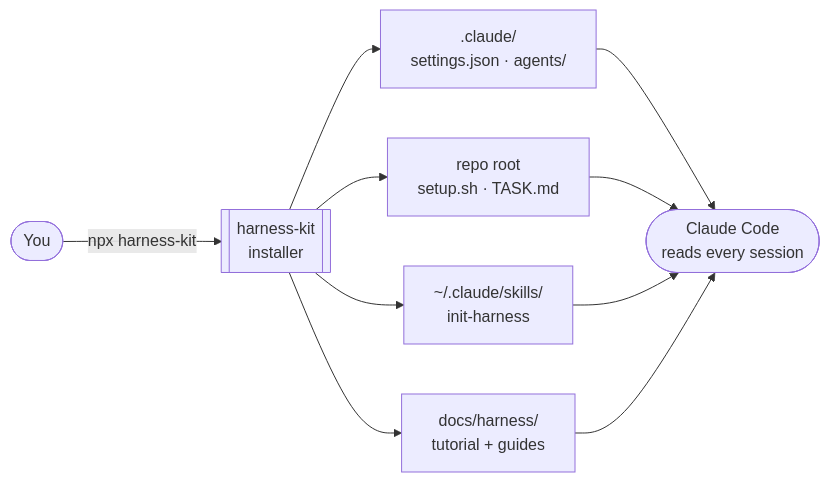
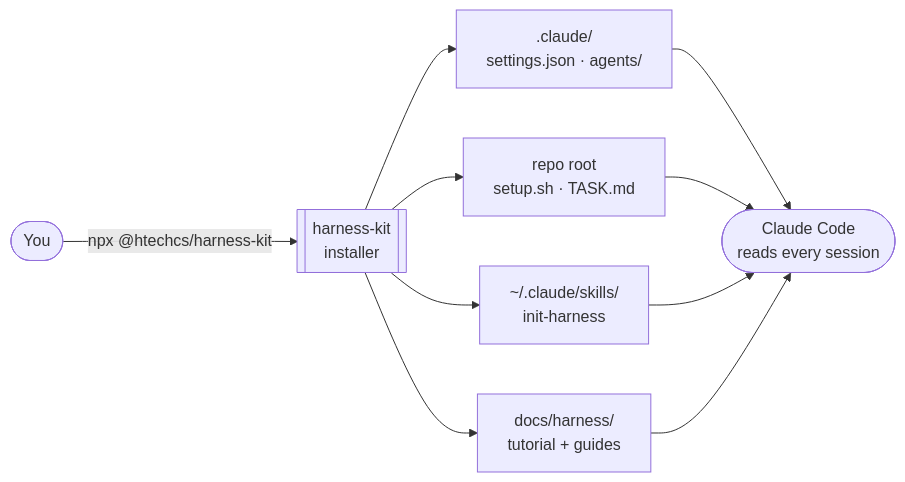
The first of 2 diagrams in README.en.md (HoangTechCS-AIE/harness-kit), drawn with Mermaid before and after one commit. The commit also changed other lines of this file and 2 other files, not shown here.

First line of the commit message:
chore: scope package as @htechcs/harness-kit + harden files allowlist

````diff
--- a/README.en.md
+++ b/README.en.md
@@ -24,12 +24,12 @@
 ```mermaid
 flowchart LR
-    D([You]) -->|"npx harness-kit"| I[["harness-kit<br/>installer"]]
+    D([You]) -->|"npx @htechcs/harness-kit"| I[["harness-kit<br/>installer"]]
     I --> R1[".claude/<br/>settings.json · agents/"]
     I --> R2["repo root<br/>setup.sh · TASK.md"]
     I --> R3["~/.claude/skills/<br/>init-harness"]
     I --> R4["docs/harness/<br/>tutorial + guides"]
     R1 --> A([Claude Code<br/>reads every session])
     R2 --> A
     R3 --> A
     R4 --> A
 ```
````
